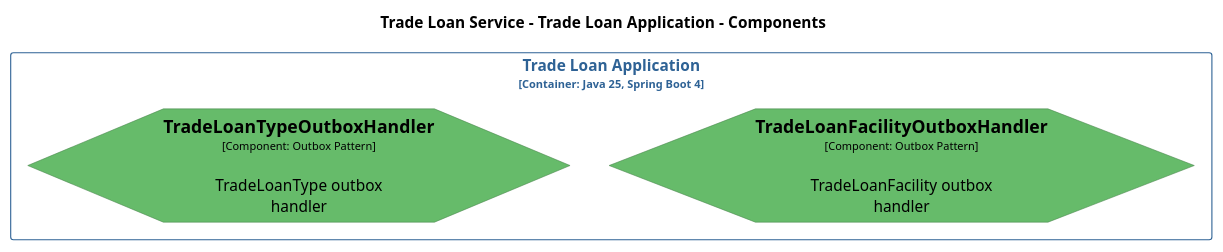
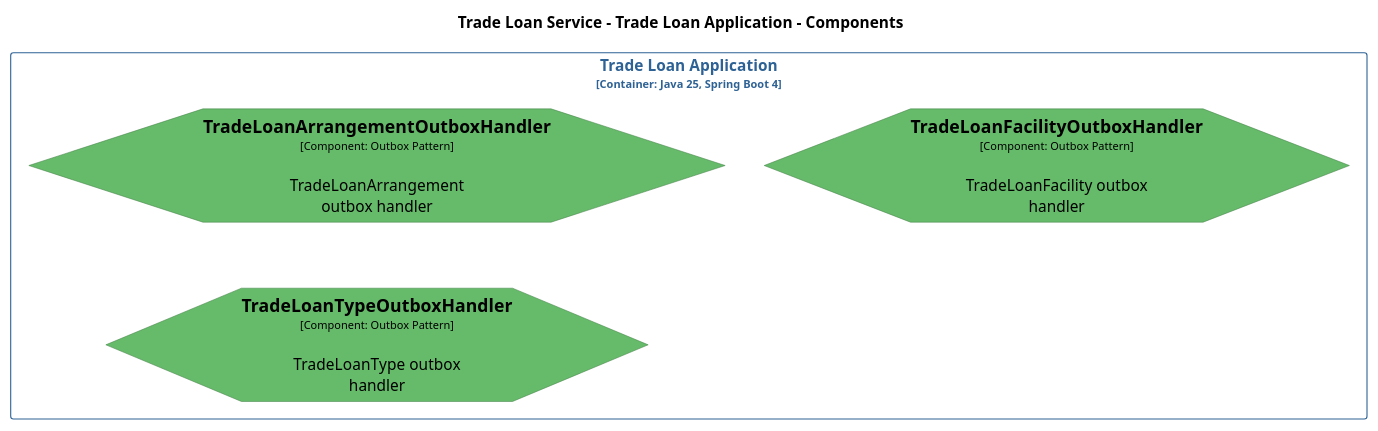
The diagram in documents/c4/plantuml/Components_4.puml (ghazalehjozani/nova), drawn with PlantUML before and after one commit. The commit also changed 116 other files, not shown here.

```diff
--- a/documents/c4/plantuml/Components_4.puml
+++ b/documents/c4/plantuml/Components_4.puml
@@ -1,39 +1,46 @@
 @startuml
 set separator none
 title Trade Loan Service - Trade Loan Application - Components
 
 top to bottom direction
 
 skinparam {
   arrowFontSize 10
   defaultTextAlignment center
   wrapWidth 200
   maxMessageSize 100
 }
 
 hide stereotype
 
+skinparam hexagon<<TradeLoanService.TradeLoanApplication.TradeLoanArrangementOutboxHandler>> {
+  BackgroundColor #66bb6a
+  FontColor #000000
+  BorderColor #47824a
+  shadowing false
+}
 skinparam hexagon<<TradeLoanService.TradeLoanApplication.TradeLoanFacilityOutboxHandler>> {
   BackgroundColor #66bb6a
   FontColor #000000
   BorderColor #47824a
   shadowing false
 }
 skinparam hexagon<<TradeLoanService.TradeLoanApplication.TradeLoanTypeOutboxHandler>> {
   BackgroundColor #66bb6a
   FontColor #000000
   BorderColor #47824a
   shadowing false
 }
 skinparam rectangle<<TradeLoanService.TradeLoanApplication>> {
   BorderColor #2e6295
   FontColor #2e6295
   shadowing false
 }
 
 rectangle "Trade Loan Application\n<size:10>[Container: Java 25, Spring Boot 4]</size>" <<TradeLoanService.TradeLoanApplication>> {
+  hexagon "==TradeLoanArrangementOutboxHandler\n<size:10>[Component: Outbox Pattern]</size>\n\nTradeLoanArrangement outbox handler" <<TradeLoanService.TradeLoanApplication.TradeLoanArrangementOutboxHandler>> as TradeLoanService.TradeLoanApplication.TradeLoanArrangementOutboxHandler
   hexagon "==TradeLoanFacilityOutboxHandler\n<size:10>[Component: Outbox Pattern]</size>\n\nTradeLoanFacility outbox handler" <<TradeLoanService.TradeLoanApplication.TradeLoanFacilityOutboxHandler>> as TradeLoanService.TradeLoanApplication.TradeLoanFacilityOutboxHandler
   hexagon "==TradeLoanTypeOutboxHandler\n<size:10>[Component: Outbox Pattern]</size>\n\nTradeLoanType outbox handler" <<TradeLoanService.TradeLoanApplication.TradeLoanTypeOutboxHandler>> as TradeLoanService.TradeLoanApplication.TradeLoanTypeOutboxHandler
 }
 
 @enduml
```
